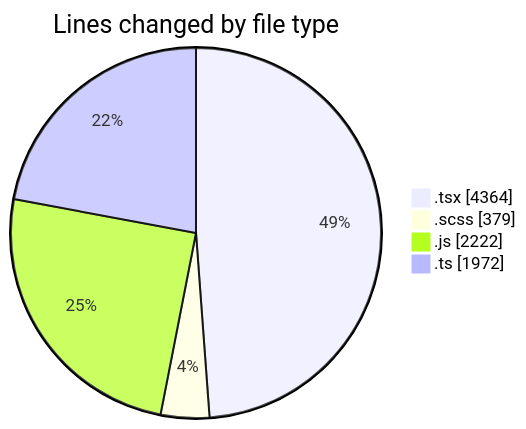
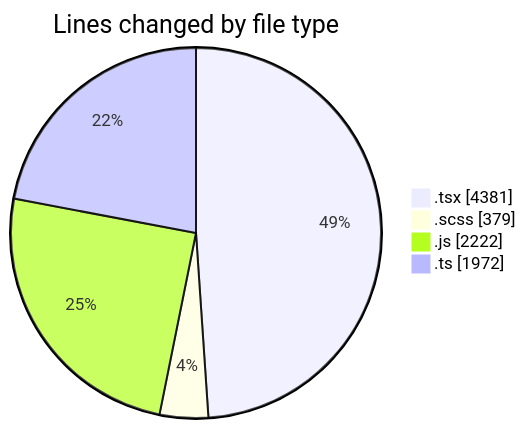
Before and after one commit to momahboobian/code-tracking: the first of 2 diagrams in 2026-06-17/cda/README.md, drawn with Mermaid. The commit also changed other lines of this file and 1 other file, not shown here.

````diff
--- a/2026-06-17/cda/README.md
+++ b/2026-06-17/cda/README.md
@@ -56,8 +56,8 @@
 ```mermaid
 pie showData
 title Lines changed by file type
-".tsx" : 4364
+".tsx" : 4381
 ".scss" : 379
 ".js" : 2222
 ".ts" : 1972
 ```
````
